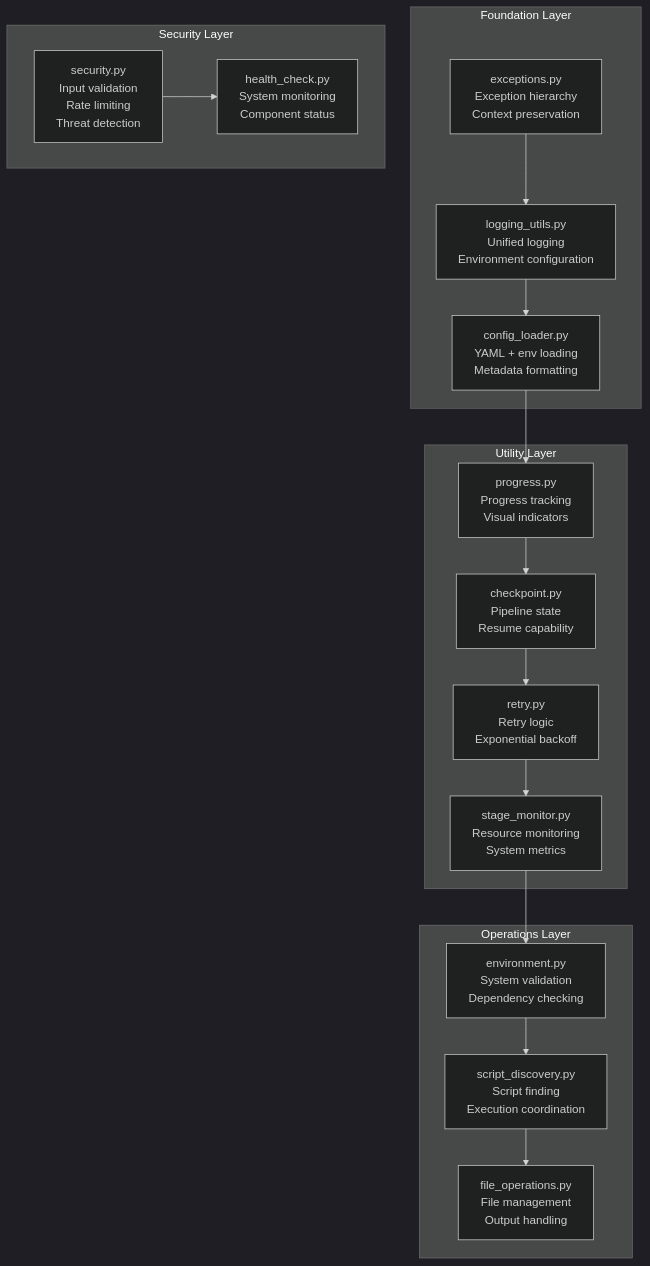
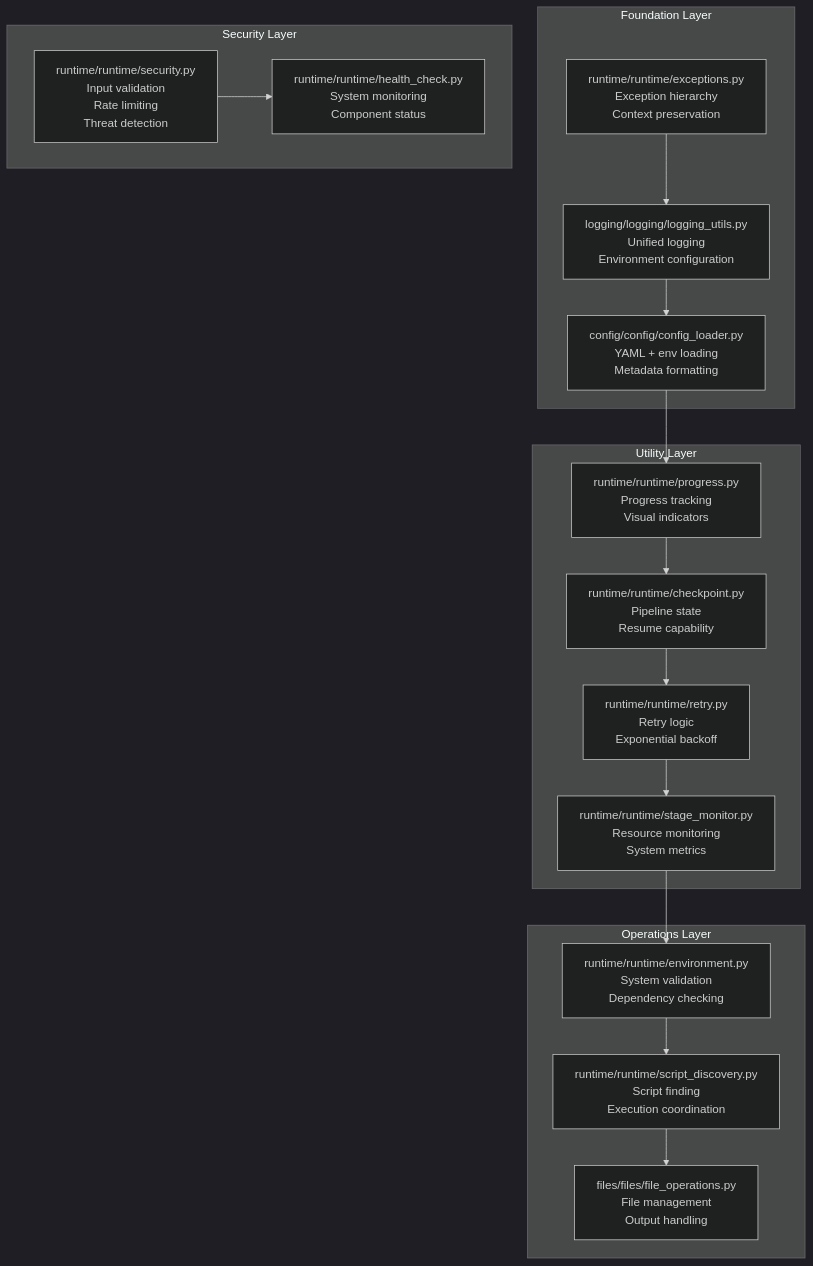
One commit to docxology/template changed the first of 5 diagrams in infrastructure/core/README.md. Above: the diagram before and after it, drawn with Mermaid (dark theme). The commit also changed other lines of this file and 322 other files, not shown here.

First line of the commit message:
chore: sync docs, rendering pipeline, skills, and project metadata

````diff
--- a/infrastructure/core/README.md
+++ b/infrastructure/core/README.md
@@ -36,42 +36,42 @@
 ```mermaid
 graph TD
     subgraph Foundation["Foundation Layer"]
-        EXCEPTIONS[exceptions.py<br/>Exception hierarchy<br/>Context preservation]
-        LOGGING[logging_utils.py<br/>Unified logging<br/>Environment configuration]
-        CONFIG[config_loader.py<br/>YAML + env loading<br/>Metadata formatting]
+        EXCEPTIONS[runtime/runtime/exceptions.py<br/>Exception hierarchy<br/>Context preservation]
+        LOGGING[logging/logging/logging_utils.py<br/>Unified logging<br/>Environment configuration]
+        CONFIG[config/config/config_loader.py<br/>YAML + env loading<br/>Metadata formatting]
     end
 
     subgraph Utilities["Utility Layer"]
-        PROGRESS[progress.py<br/>Progress tracking<br/>Visual indicators]
-        CHECKPOINT[checkpoint.py<br/>Pipeline state<br/>Resume capability]
-        RETRY[retry.py<br/>Retry logic<br/>Exponential backoff]
-        PERFORMANCE[stage_monitor.py<br/>Resource monitoring<br/>System metrics]
+        PROGRESS[runtime/runtime/progress.py<br/>Progress tracking<br/>Visual indicators]
+        CHECKPOINT[runtime/runtime/checkpoint.py<br/>Pipeline state<br/>Resume capability]
+        RETRY[runtime/runtime/retry.py<br/>Retry logic<br/>Exponential backoff]
+        PERFORMANCE[runtime/runtime/stage_monitor.py<br/>Resource monitoring<br/>System metrics]
     end
 
     subgraph Operations["Operations Layer"]
-        ENVIRONMENT[environment.py<br/>System validation<br/>Dependency checking]
-        SCRIPTS[script_discovery.py<br/>Script finding<br/>Execution coordination]
-        FILES[file_operations.py<br/>File management<br/>Output handling]
+        ENVIRONMENT[runtime/runtime/environment.py<br/>System validation<br/>Dependency checking]
+        SCRIPTS[runtime/runtime/script_discovery.py<br/>Script finding<br/>Execution coordination]
+        FILES[files/files/file_operations.py<br/>File management<br/>Output handling]
     end
 
     subgraph Security["Security Layer"]
-        SECURITY[security.py<br/>Input validation<br/>Rate limiting<br/>Threat detection]
-        HEALTH[health_check.py<br/>System monitoring<br/>Component status]
+        SECURITY[runtime/runtime/security.py<br/>Input validation<br/>Rate limiting<br/>Threat detection]
+        HEALTH[runtime/runtime/health_check.py<br/>System monitoring<br/>Component status]
     end
 
     EXCEPTIONS --> LOGGING
     LOGGING --> CONFIG
     CONFIG --> PROGRESS
     PROGRESS --> CHECKPOINT
     CHECKPOINT --> RETRY
     RETRY --> PERFORMANCE
     PERFORMANCE --> ENVIRONMENT
     ENVIRONMENT --> SCRIPTS
     SCRIPTS --> FILES
     SECURITY --> HEALTH
 
     class Foundation foundation
     class Utilities utilities
     class Operations operations
     class Security security
 ```
````
